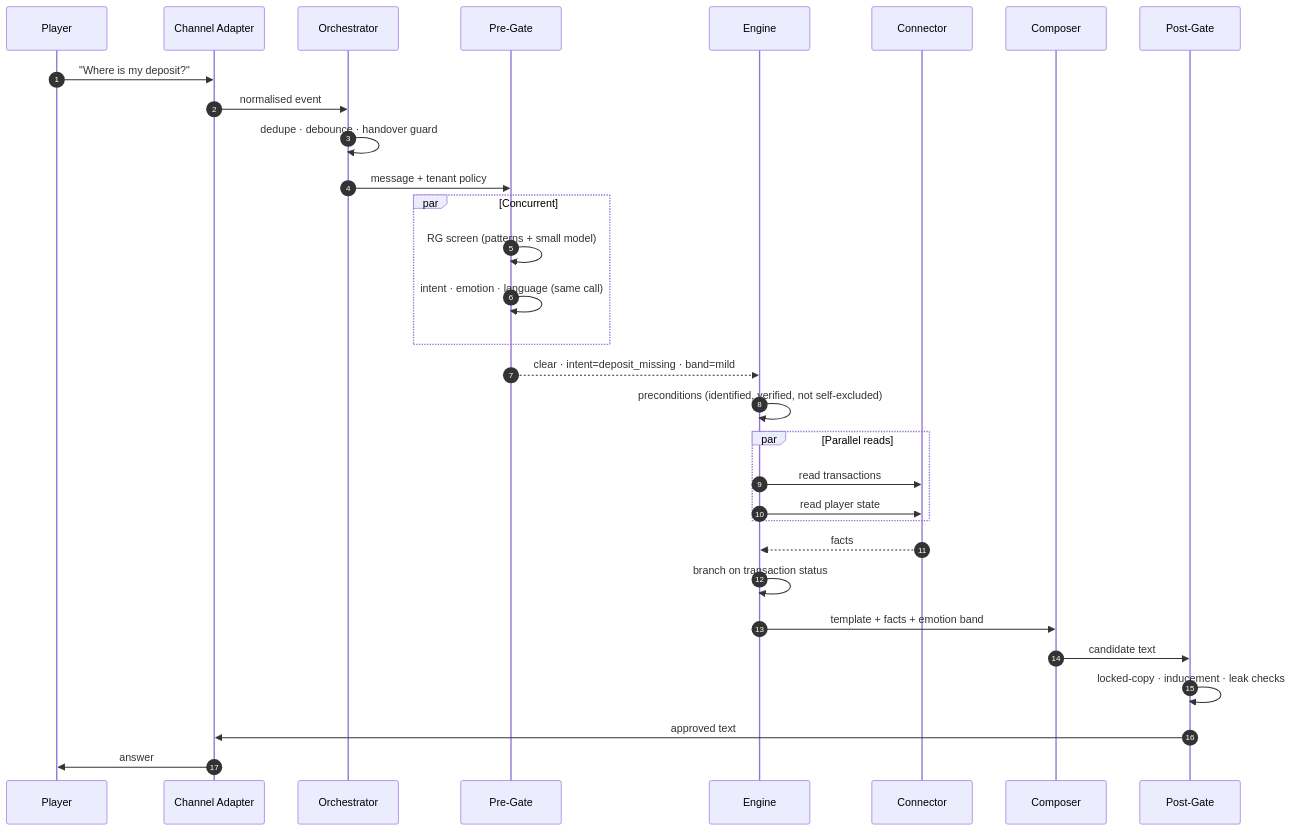
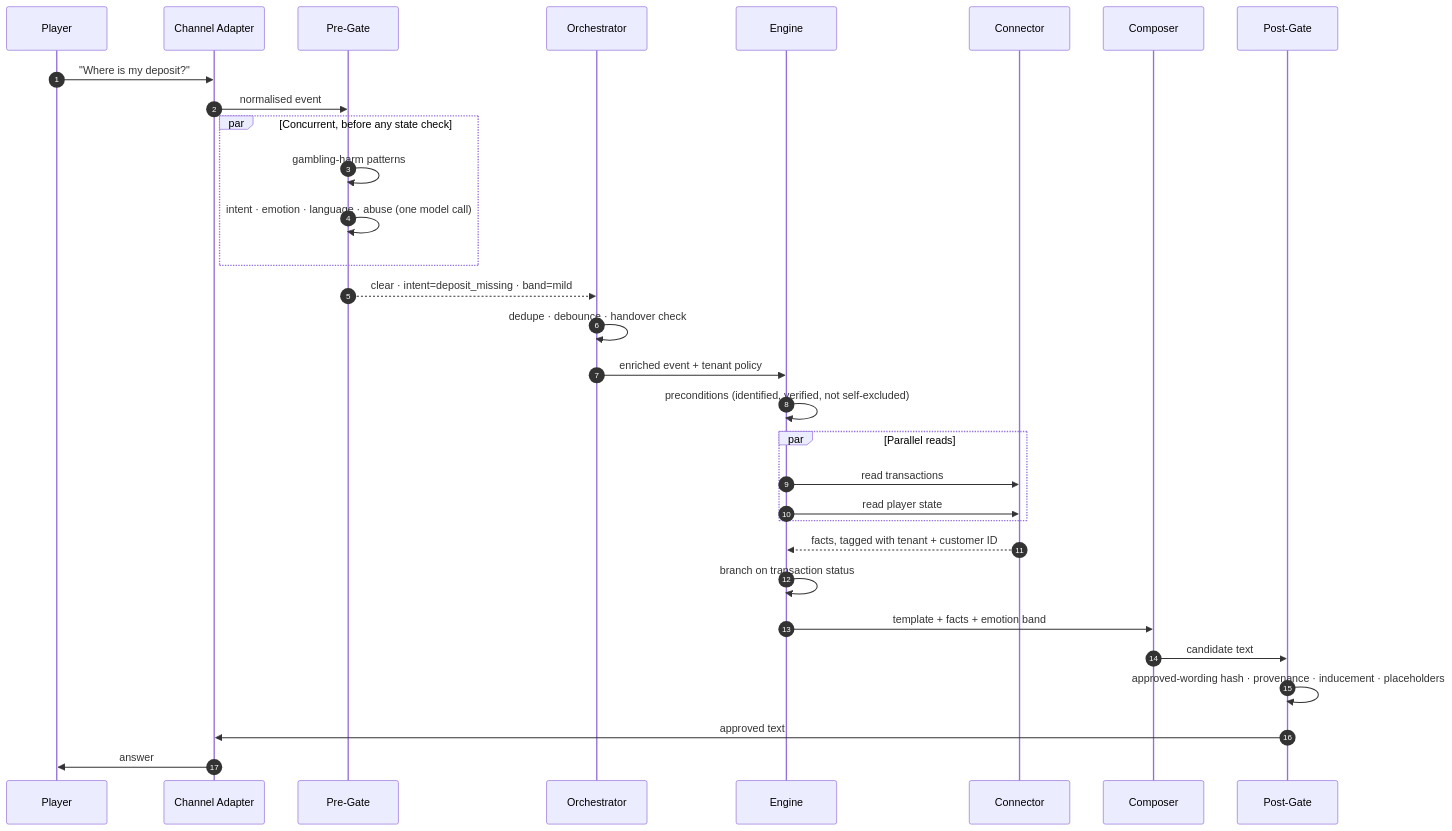
The third of 12 diagrams in Design.md (sdannuri/iGamingAgent), drawn with Mermaid before and after one commit. The commit also changed other lines of this file and 2 other files, not shown here.

````diff
--- a/Design.md
+++ b/Design.md
@@ -248,38 +288,38 @@
 ```mermaid
 sequenceDiagram
     autonumber
     participant P as Player
     participant CA as Channel Adapter
+    participant PG as Pre-Gate
     participant OR as Orchestrator
-    participant PG as Pre-Gate
     participant EN as Engine
     participant CN as Connector
     participant CO as Composer
     participant PO as Post-Gate
 
     P->>CA: "Where is my deposit?"
-    CA->>OR: normalised event
-    OR->>OR: dedupe · debounce · handover guard
-    OR->>PG: message + tenant policy
+    CA->>PG: normalised event
 
-    par Concurrent
-        PG->>PG: RG screen (patterns + small model)
-        PG->>PG: intent · emotion · language (same call)
+    par Concurrent, before any state check
+        PG->>PG: gambling-harm patterns
+        PG->>PG: intent · emotion · language · abuse (one model call)
     end
 
-    PG-->>EN: clear · intent=deposit_missing · band=mild
+    PG-->>OR: clear · intent=deposit_missing · band=mild
+    OR->>OR: dedupe · debounce · handover check
+    OR->>EN: enriched event + tenant policy
     EN->>EN: preconditions (identified, verified, not self-excluded)
 
     par Parallel reads
         EN->>CN: read transactions
         EN->>CN: read player state
     end
 
-    CN-->>EN: facts
+    CN-->>EN: facts, tagged with tenant + customer ID
     EN->>EN: branch on transaction status
     EN->>CO: template + facts + emotion band
     CO->>PO: candidate text
-    PO->>PO: locked-copy · inducement · leak checks
+    PO->>PO: approved-wording hash · provenance · inducement · placeholders
     PO->>CA: approved text
     CA->>P: answer
 ```
````
